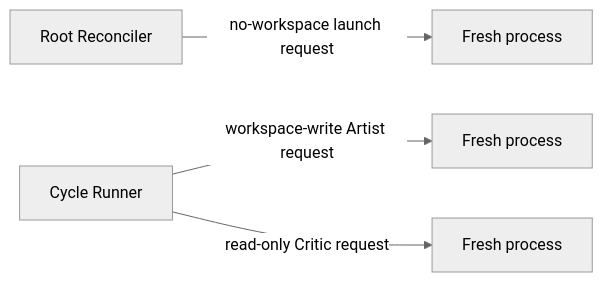
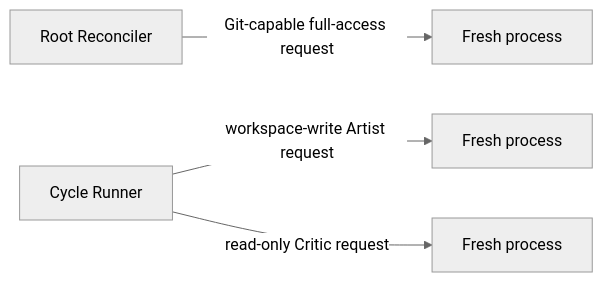
Before and after one commit to hallucination-studio/symphony: the diagram in docs/architecture/performer.md, drawn with Mermaid (neutral theme). The commit also changed other lines of this file and 8 other files, not shown here.

First line of the commit message:
fix: authorize root reconcile git operations

````diff
--- a/docs/architecture/performer.md
+++ b/docs/architecture/performer.md
@@ -107,7 +107,7 @@
 ```mermaid
-%% source-rules: PF-SESSION-001 PF-SESSION-002 PF-SESSION-003 PF-PERM-001 PF-PERM-002
+%% source-rules: PF-SESSION-001 PF-SESSION-002 PF-SESSION-003 PF-PERM-001 PF-PERM-002 PF-PERM-003
 flowchart LR
-  RR[Root Reconciler] -->|no-workspace launch request| P1[Fresh process]
+  RR[Root Reconciler] -->|Git-capable full-access request| P1[Fresh process]
   CR[Cycle Runner] -->|workspace-write Artist request| P2[Fresh process]
   CR -->|read-only Critic request| P3[Fresh process]
 ```
````
